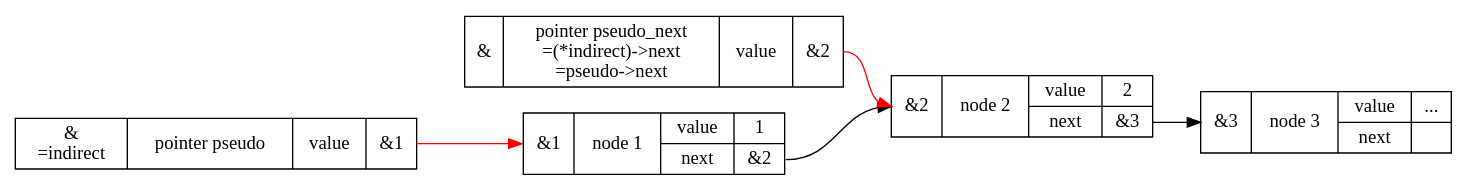
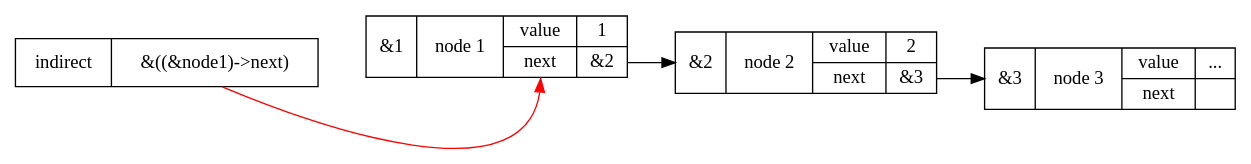
One commit to MingRuey/Guts_2020Fall changed the third of 5 diagrams in Week1/2020q3.md. Above: the diagram before and after it, drawn with Graphviz. The commit also changed other lines of this file, not shown here.

Commit message:
Correct the interpretation of  **indirect

````diff
--- a/Week1/2020q3.md
+++ b/Week1/2020q3.md
@@ -47,16 +47,14 @@
 ```graphviz
 digraph indirect_next{
     rankdir=LR;
     node [shape=record];
-    1 [label="{<address>&1|node 1|{value|next}|{1|<ref>&2}}"];
+    1 [label="{<address>&1|node 1|{value|<next>next}|{1|<ref>&2}}"];
     2 [label="{<address>&2|node 2|{value|next}|{2|<ref>&3}}"];
     3 [label="{<address>&3|node 3|{value|next}|{...|<ref>}}"];
     1:ref -> 2:address [color=black];
     2:ref -> 3:address [color=black];
     
-    p [label="{&\n=indirect|pointer pseudo|{value}|<to>&1}"]; 
-    p:to -> 1:address [color=red];
-    next [label="{&|pointer pseudo_next\n=(*indirect)\-\>next\n=pseudo\-\>next|{value}|<to>&2}"];
-    next:to -> 2:address [color=red];
+    indirect [label="{indirect|&((&node1)\-\>next)}"]
+    indirect -> 1:next [color=red];
 }
 ```
````
